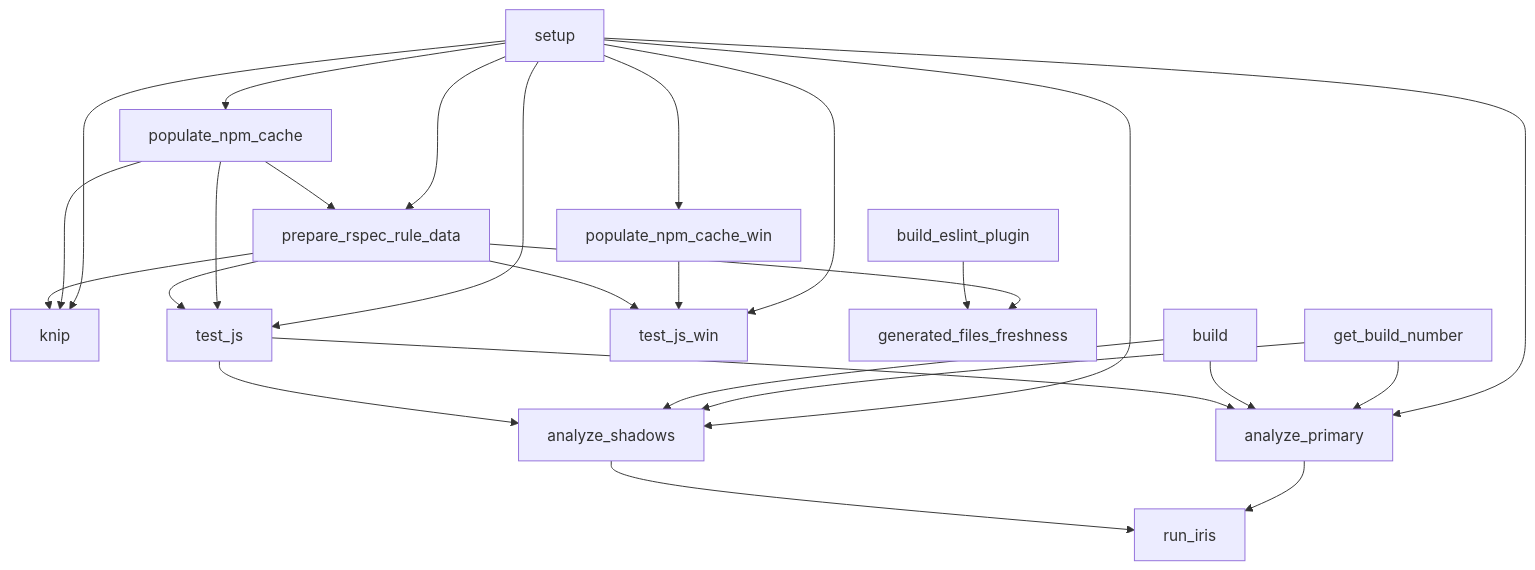
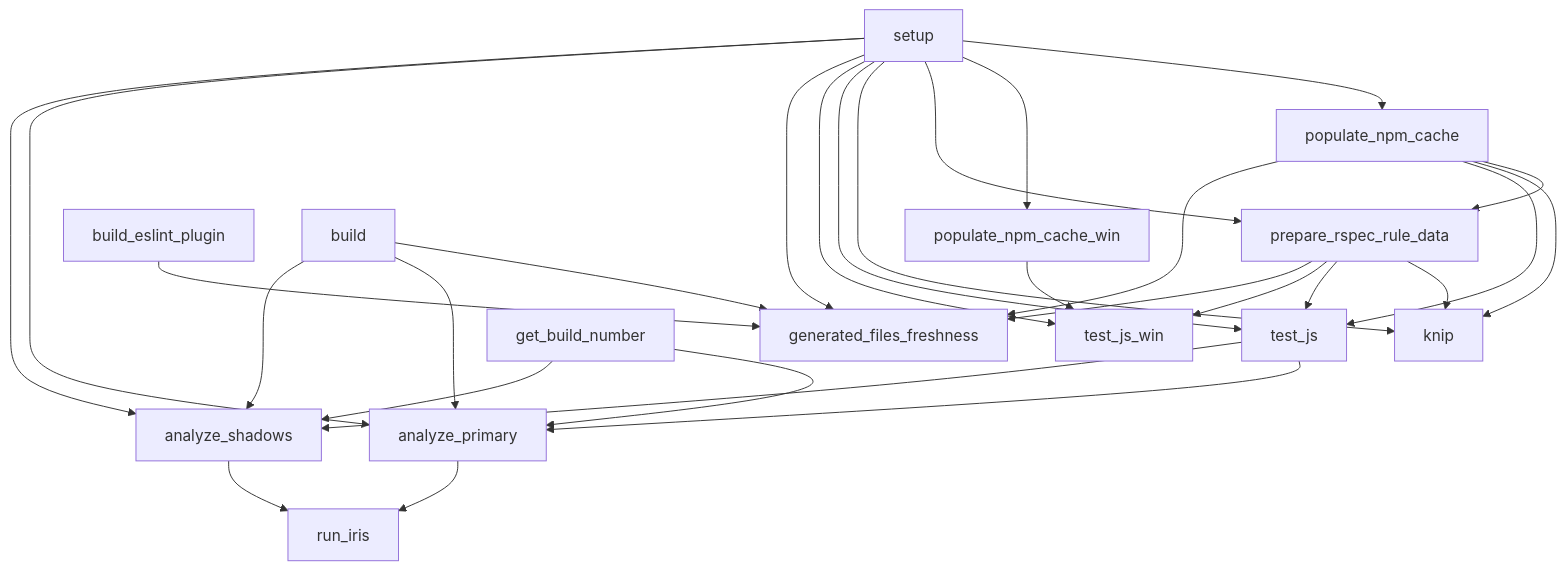
Before and after one commit to SonarSource/SonarJS: the third of 4 diagrams in docs/CI.md, drawn with Mermaid. The commit also changed other lines of this file and 1 other file, not shown here.

Commit message:
Depend-on-build-for-license-refresh

````diff
--- a/docs/CI.md
+++ b/docs/CI.md
@@ -179,35 +182,38 @@
 ```mermaid
 flowchart TD
   setup["setup"] --> populate_npm_cache["populate_npm_cache"]
   setup --> populate_npm_cache_win["populate_npm_cache_win"]
   setup --> prepare_rspec_rule_data["prepare_rspec_rule_data"]
   populate_npm_cache --> prepare_rspec_rule_data
 
   setup --> knip["knip"]
   populate_npm_cache --> knip
   prepare_rspec_rule_data --> knip
 
   setup --> test_js["test_js"]
   populate_npm_cache --> test_js
   prepare_rspec_rule_data --> test_js
 
   setup --> test_js_win["test_js_win"]
   populate_npm_cache_win --> test_js_win
   prepare_rspec_rule_data --> test_js_win
 
   prepare_rspec_rule_data --> generated_files_freshness
   build_eslint_plugin["build_eslint_plugin"] --> generated_files_freshness["generated_files_freshness"]
+  setup --> generated_files_freshness
+  populate_npm_cache --> generated_files_freshness
+  build --> generated_files_freshness
 
   setup --> analyze_primary["analyze_primary"]
   get_build_number["get_build_number"] --> analyze_primary
   build["build"] --> analyze_primary
   test_js --> analyze_primary
 
   setup --> analyze_shadows["analyze_shadows"]
   get_build_number --> analyze_shadows
   build --> analyze_shadows
   test_js --> analyze_shadows
 
   analyze_primary --> run_iris["run_iris"]
   analyze_shadows --> run_iris
 ```
````
